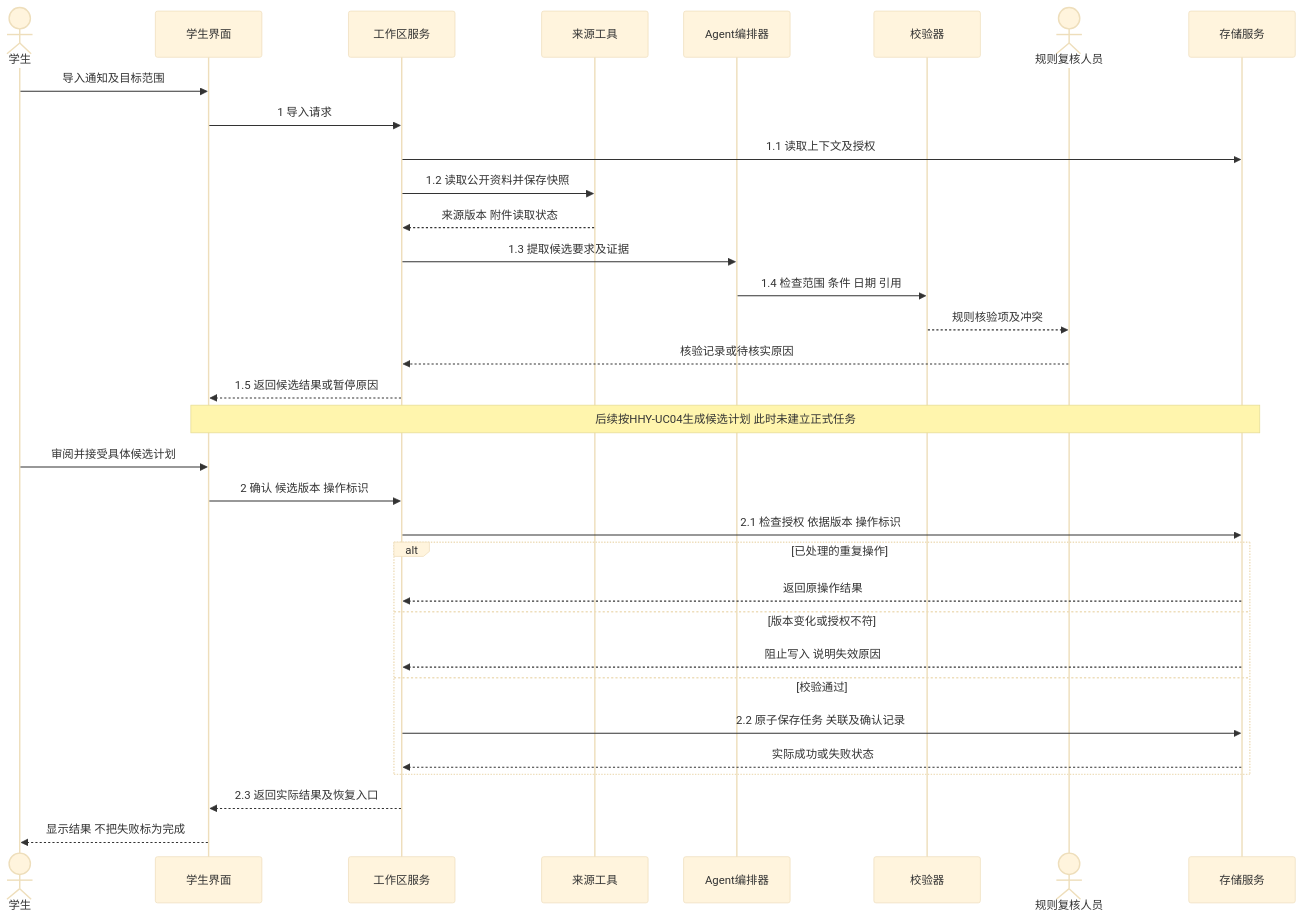
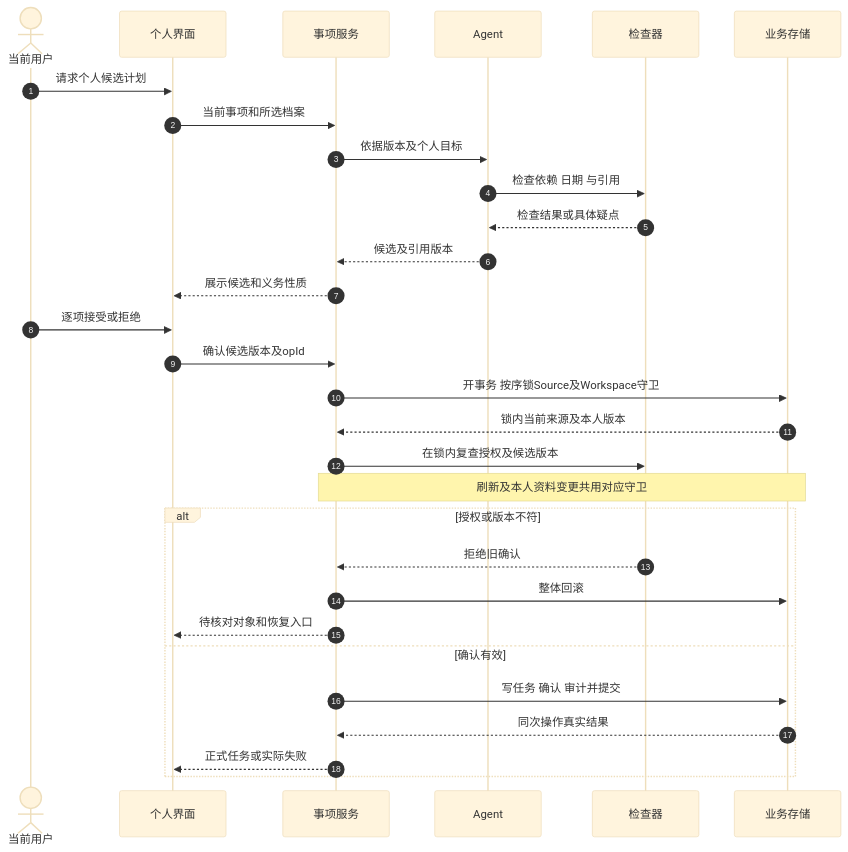
The diagram in docs/design/requirements/he-huiyuan/diagrams/02_确认写入时序.mmd (LotteryCamp/OfferPilot), drawn with Mermaid (base theme) before and after one commit. The commit also changed 23 other files, not shown here.

```diff
--- a/docs/design/requirements/he-huiyuan/diagrams/02_确认写入时序.mmd
+++ b/docs/design/requirements/he-huiyuan/diagrams/02_确认写入时序.mmd
@@ -1,33 +1,30 @@
 sequenceDiagram
-    actor U as 学生
-    participant UI as 学生界面
-    participant WS as 工作区服务
-    participant SRC as 来源工具
-    participant AG as Agent编排器
-    participant CK as 校验器
-    actor R as 规则复核人员
-    participant DB as 存储服务
-    U->>UI: 导入通知及目标范围
-    UI->>WS: 1 导入请求
-    WS->>DB: 1.1 读取上下文及授权
-    WS->>SRC: 1.2 读取公开资料并保存快照
-    SRC-->>WS: 来源版本 附件读取状态
-    WS->>AG: 1.3 提取候选要求及证据
-    AG->>CK: 1.4 检查范围 条件 日期 引用
-    CK-->>R: 规则核验项及冲突
-    R-->>WS: 核验记录或待核实原因
-    WS-->>UI: 1.5 返回候选结果或暂停原因
-    Note over UI,DB: 后续按HHY-UC04生成候选计划 此时未建立正式任务
-    U->>UI: 审阅并接受具体候选计划
-    UI->>WS: 2 确认 候选版本 操作标识
-    WS->>DB: 2.1 检查授权 依据版本 操作标识
-    alt 已处理的重复操作
-        DB-->>WS: 返回原操作结果
-    else 版本变化或授权不符
-        DB-->>WS: 阻止写入 说明失效原因
-    else 校验通过
-        WS->>DB: 2.2 原子保存任务 关联及确认记录
-        DB-->>WS: 实际成功或失败状态
+    autonumber
+    actor U as 当前用户
+    participant UI as 个人界面
+    participant WS as 事项服务
+    participant AG as Agent
+    participant CK as 检查器
+    participant DB as 业务存储
+    U->>UI: 请求个人候选计划
+    UI->>WS: 当前事项和所选档案
+    WS->>AG: 依据版本及个人目标
+    AG->>CK: 检查依赖 日期 与引用
+    CK-->>AG: 检查结果或具体疑点
+    AG-->>WS: 候选及引用版本
+    WS-->>UI: 展示候选和义务性质
+    U->>UI: 逐项接受或拒绝
+    UI->>WS: 确认候选版本及opId
+    WS->>DB: 开事务 按序锁Source及Workspace守卫
+    DB-->>WS: 锁内当前来源及本人版本
+    WS->>CK: 在锁内复查授权及候选版本
+    Note over WS,DB: 刷新及本人资料变更共用对应守卫
+    alt 授权或版本不符
+        CK-->>WS: 拒绝旧确认
+        WS->>DB: 整体回滚
+        WS-->>UI: 待核对对象和恢复入口
+    else 确认有效
+        WS->>DB: 写任务 确认 审计并提交
+        DB-->>WS: 同次操作真实结果
+        WS-->>UI: 正式任务或实际失败
     end
-    WS-->>UI: 2.3 返回实际结果及恢复入口
-    UI-->>U: 显示结果 不把失败标为完成
```
